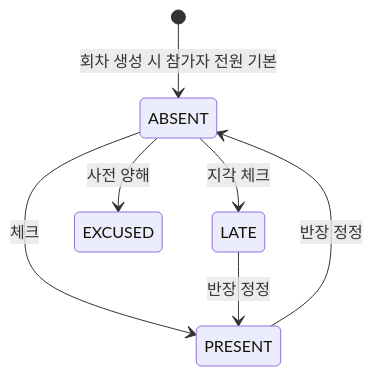
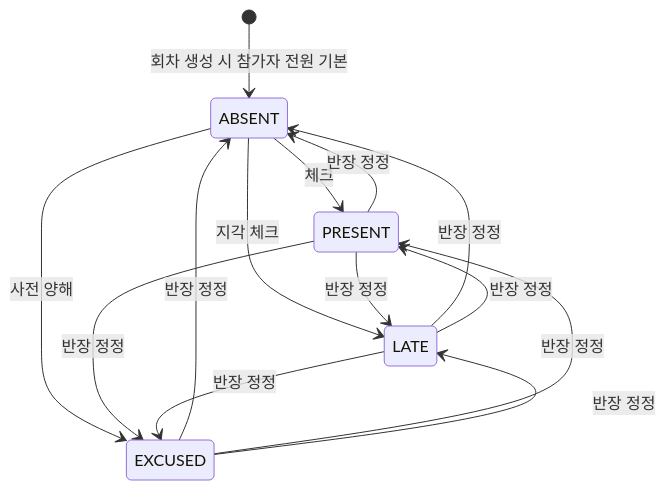
One commit to StudyClub-PlusPlus/studyclub-engineering changed the diagram in docs/erd/STUDY_ATTENDANCE.md. Above: the diagram before and after it, drawn with Mermaid. The commit also changed other lines of this file and 12 other files, not shown here.

````diff
--- a/docs/erd/STUDY_ATTENDANCE.md
+++ b/docs/erd/STUDY_ATTENDANCE.md
@@ -31,9 +31,16 @@
 ```mermaid
 stateDiagram-v2
   [*] --> ABSENT : 회차 생성 시 참가자 전원 기본
   ABSENT --> PRESENT : 체크
   ABSENT --> LATE : 지각 체크
   ABSENT --> EXCUSED : 사전 양해
   PRESENT --> ABSENT : 반장 정정
+  PRESENT --> LATE : 반장 정정
+  PRESENT --> EXCUSED : 반장 정정
+  LATE --> ABSENT : 반장 정정
   LATE --> PRESENT : 반장 정정
+  LATE --> EXCUSED : 반장 정정
+  EXCUSED --> ABSENT : 반장 정정
+  EXCUSED --> PRESENT : 반장 정정
+  EXCUSED --> LATE : 반장 정정
 ```
````
